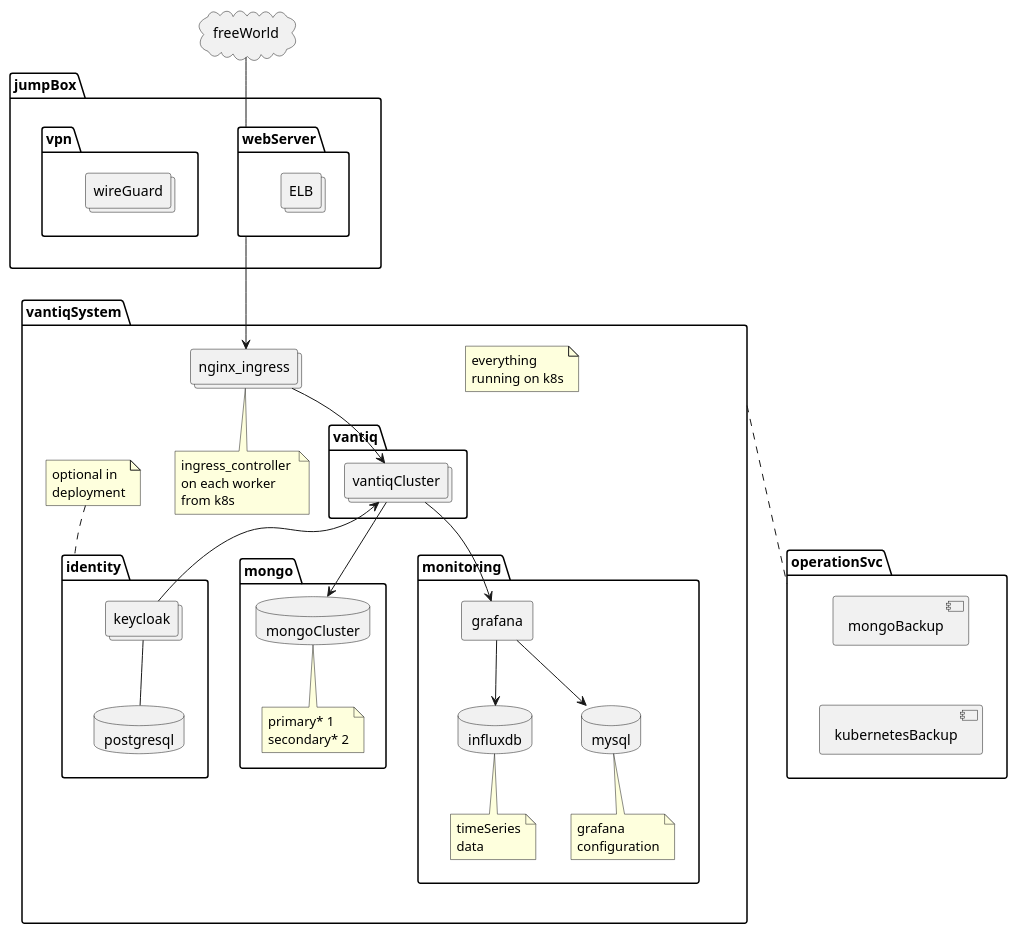
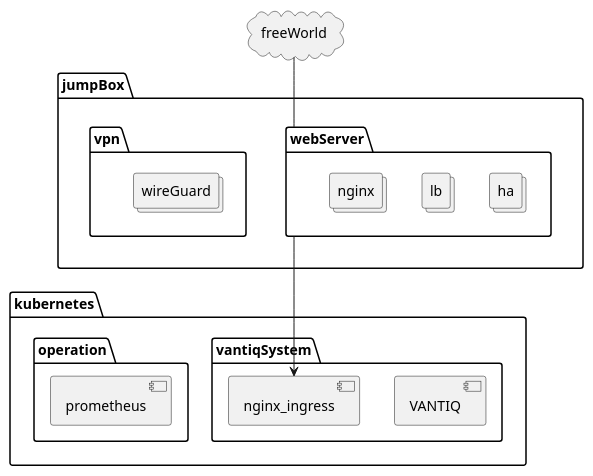
The first of 2 diagrams in README.md (j3ffyang/ansible), drawn with PlantUML before and after one commit. The commit also changed other lines of this file, not shown here.

Commit message:
arch diagram updated; code enhanced

````diff
--- a/README.md
+++ b/README.md
@@ -48,82 +53,39 @@
 ```plantuml
 
 cloud freeWorld
 
 package jumpBox {
   package webServer {
-    collections ELB
+    collections nginx
+    collections lb
+    collections ha
+
+    nginx -[hidden]> lb
+    lb -[hidden]> ha
   }
 
   package vpn {
     collections wireGuard
   }
 
   webServer -[hidden]> vpn
 }
 
 
-package vantiqSystem {
+package kubernetes {
+  package vantiqSystem {
 
-  note "everything \nrunning on k8s" as N1
+  component nginx_ingress
+  component VANTIQ
 
-  collections nginx_ingress
-  note bottom of nginx_ingress: ingress_controller \non each worker \nfrom k8s
-
-  package vantiq {
-    collections vantiqCluster
+  nginx_ingress -[hidden]> VANTIQ
   }
 
-  package mongo {
-    database mongoCluster
-
-    note "primary* 1\nsecondary* 2" as N2
-    mongoCluster .[hidden].> N2
+  package operation {
+    component prometheus
   }
-
-  mongoCluster -[hidden]> monitoring
-
-  package monitoring {
-    agent grafana
-    database influxdb
-    database mysql
-    grafana --> influxdb
-    grafana --> mysql
-
-    note bottom of influxdb: timeSeries\ndata
-    note bottom of mysql: grafana\nconfiguration
-  }
-
-
-  nginx_ingress --> vantiqCluster
-
-  vantiqCluster --> mongoCluster
-
-  vantiqCluster --> grafana
-
-
-  package identity {
-    collections keycloak
-    database postgresql
-    keycloak -- postgresql
-  }
-
-  note top of identity: optional in\ndeployment
-
-  vantiqCluster <-- keycloak
 }
-
-package operationSvc {
-
-  component mongoBackup
-  component kubernetesBackup
-}
-
-
-mongoBackup -[hidden]- kubernetesBackup
 
 freeWorld -- webServer
 webServer --> nginx_ingress
-
-vantiqSystem -.- operationSvc
-
 ```
````
